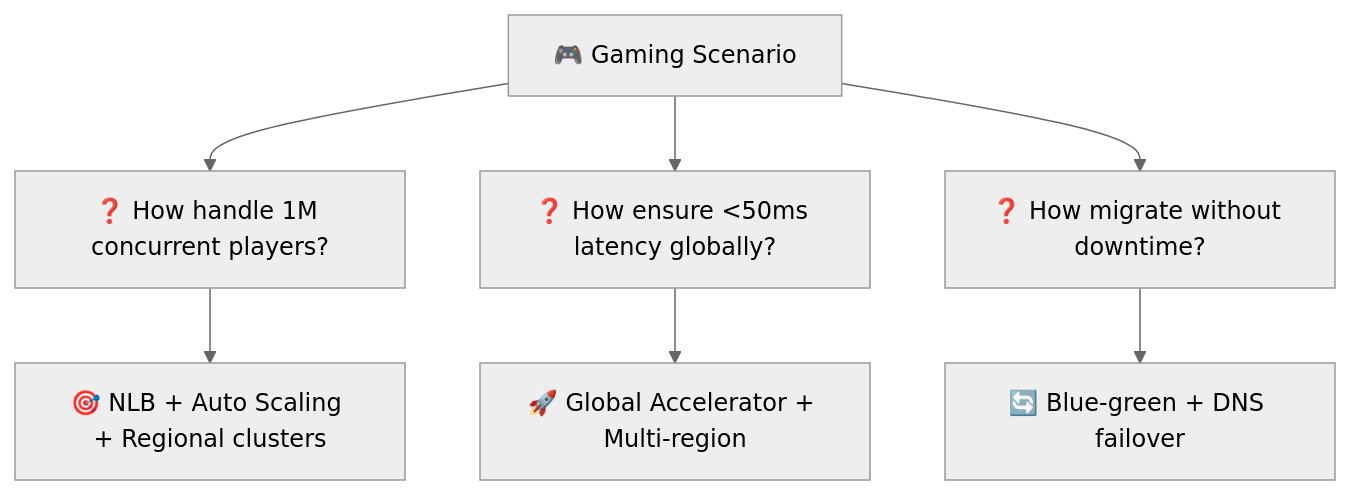
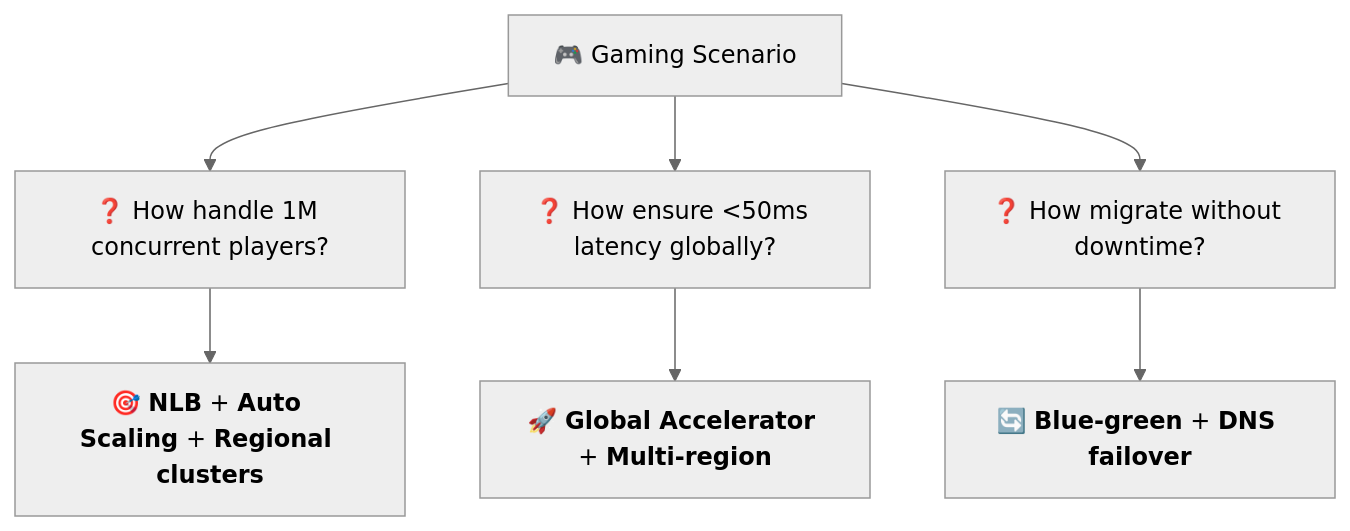
One commit to satishkumar-dhule/EA-SRE-prep changed diagram 12 of 24 in EA_SRE_3_Visual_Interview_Prep.md. Above: the diagram before and after it, drawn with Mermaid (neutral theme). The commit also changed other lines of this file, not shown here.

````diff
--- a/EA_SRE_3_Visual_Interview_Prep.md
+++ b/EA_SRE_3_Visual_Interview_Prep.md
@@ -271,10 +271,10 @@
 ```mermaid
 graph TD
     Scenario[🎮 Gaming Scenario] --> Q1["❓ How handle 1M concurrent players?"]
     Scenario --> Q2["❓ How ensure <50ms latency globally?"]
     Scenario --> Q3["❓ How migrate without downtime?"]
     
-    Q1 --> A1["🎯 NLB + Auto Scaling + Regional clusters"]
-    Q2 --> A2["🚀 Global Accelerator + Multi-region"]
-    Q3 --> A3["🔄 Blue-green + DNS failover"]
+    Q1 --> A1["🎯 <span style='color: #FF6B6B; font-weight: bold;'>NLB</span> + <span style='color: #4ECDC4; font-weight: bold;'>Auto Scaling</span> + <span style='color: #45B7D1; font-weight: bold;'>Regional clusters</span>"]
+    Q2 --> A2["🚀 <span style='color: #FF6B6B; font-weight: bold;'>Global Accelerator</span> + <span style='color: #4ECDC4; font-weight: bold;'>Multi-region</span>"]
+    Q3 --> A3["🔄 <span style='color: #FF6B6B; font-weight: bold;'>Blue-green</span> + <span style='color: #4ECDC4; font-weight: bold;'>DNS failover</span>"]
 ```
````
